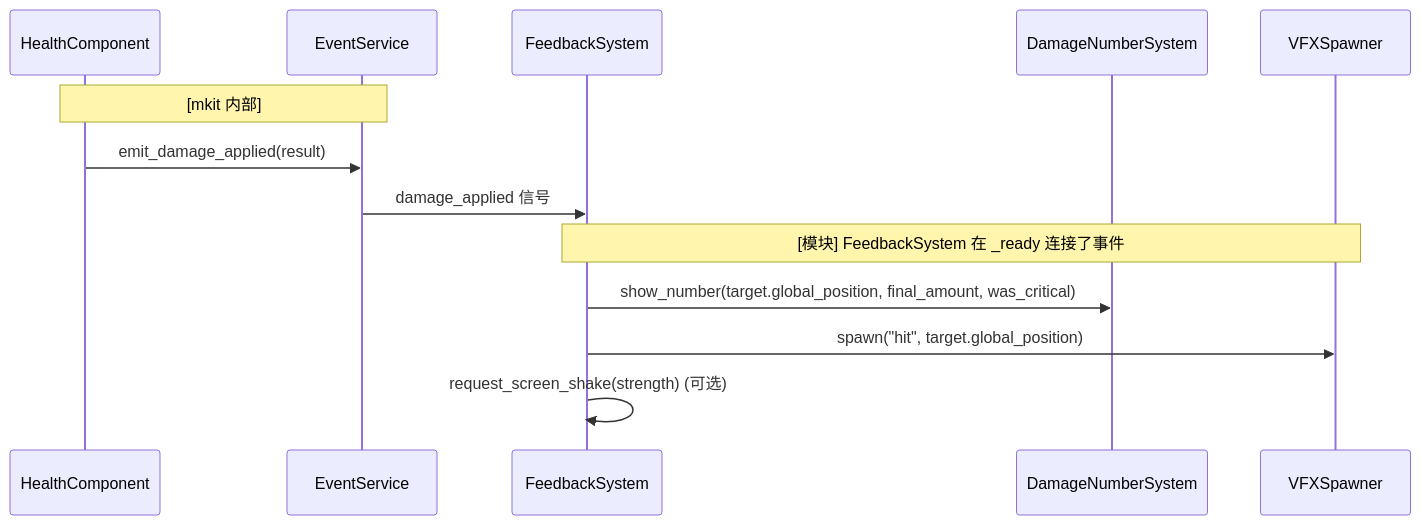
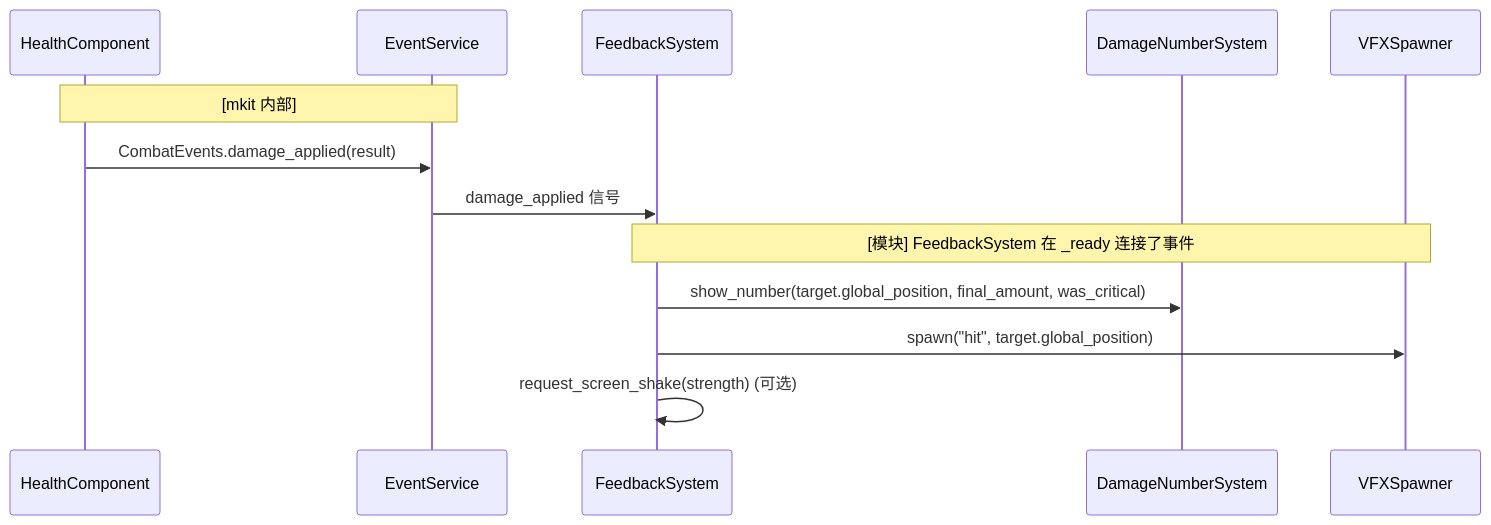
Diagram 11 of 20 in docs/pipeline.md (xiaofeiqiu/mkit), drawn with Mermaid before and after one commit. The commit also changed other lines of this file and 116 other files, not shown here.

````diff
--- a/docs/pipeline.md
+++ b/docs/pipeline.md
@@ -706,16 +708,16 @@
 ```mermaid
 sequenceDiagram
     participant H as HealthComponent
     participant ES as EventService
     participant FS as FeedbackSystem
     participant DN as DamageNumberSystem
     participant VFX as VFXSpawner
 
     Note over H,ES: [mkit 内部]
-    H->>ES: emit_damage_applied(result)
+    H->>ES: CombatEvents.damage_applied(result)
     ES->>FS: damage_applied 信号
     Note over FS,VFX: [模块] FeedbackSystem 在 _ready 连接了事件
     FS->>DN: show_number(target.global_position, final_amount, was_critical)
     FS->>VFX: spawn("hit", target.global_position)
     FS->>FS: request_screen_shake(strength)  (可选)
 ```
````
